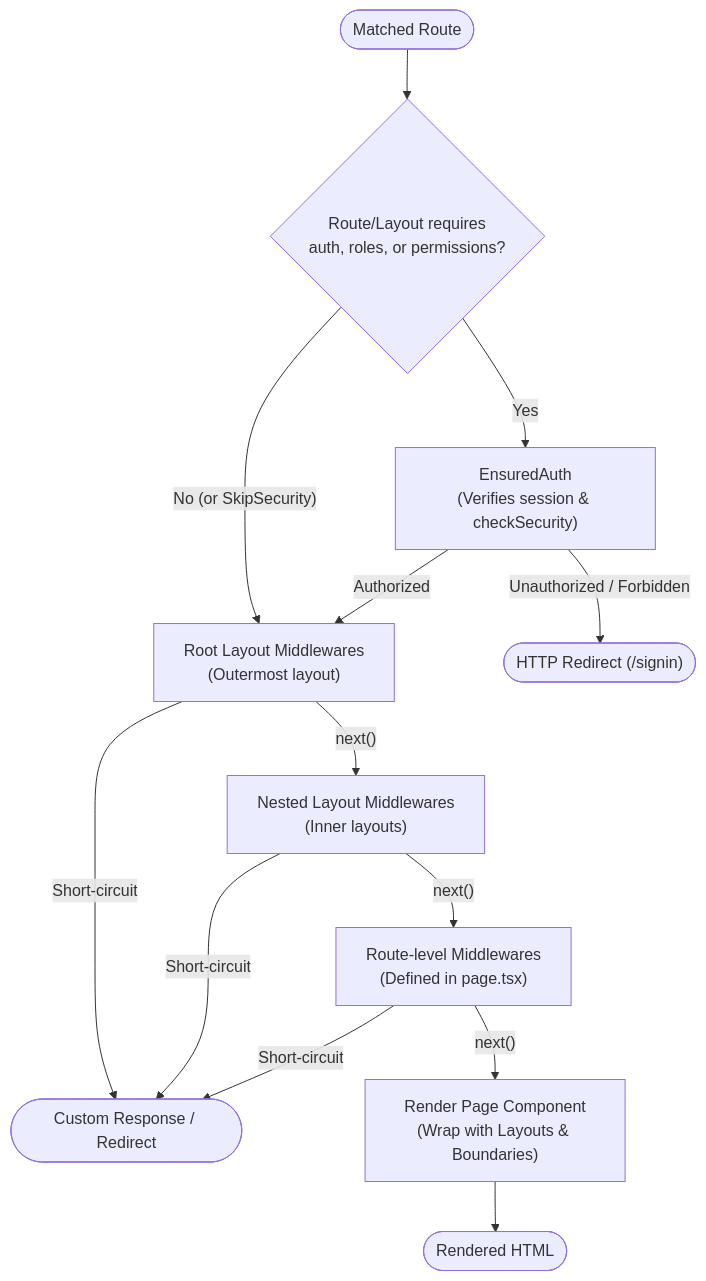
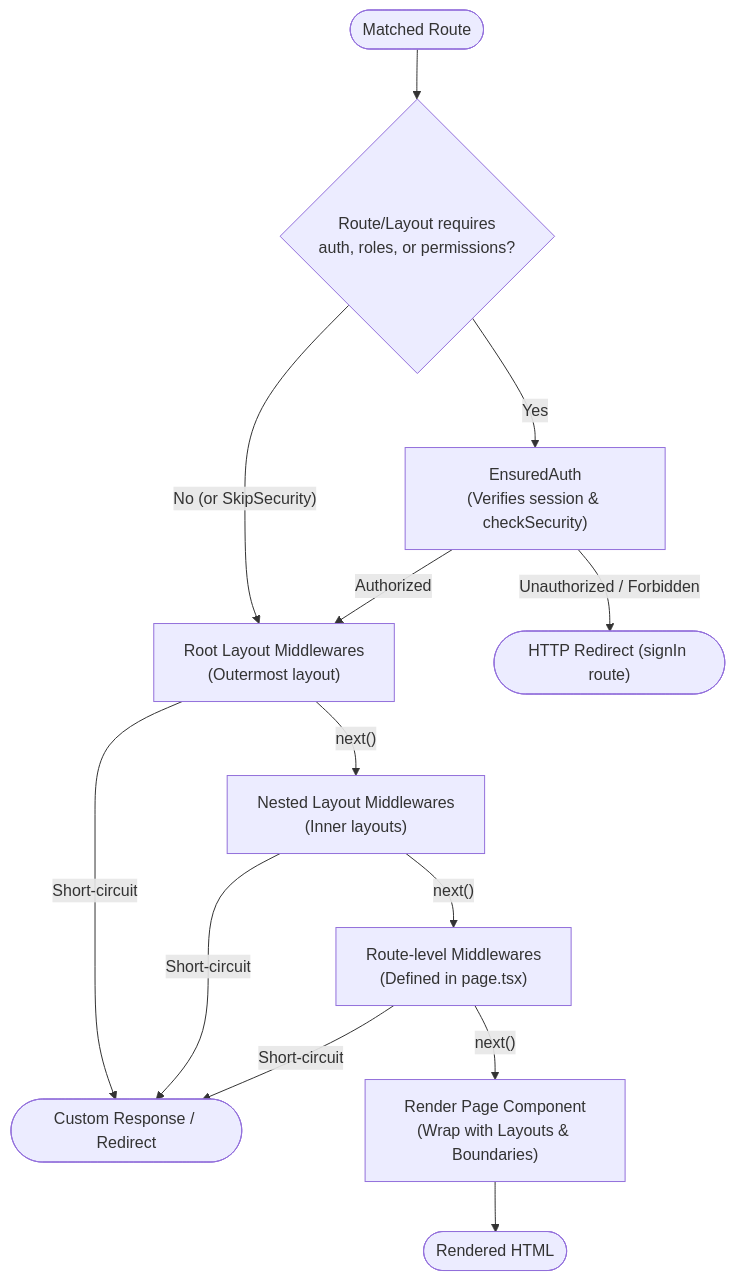
Before and after one commit to veapjs/veap: the diagram in docs/routing/middleware.md, drawn with Mermaid. The commit also changed other lines of this file and 28 other files, not shown here.

````diff
--- a/docs/routing/middleware.md
+++ b/docs/routing/middleware.md
@@ -47,19 +47,19 @@
 ```mermaid
 flowchart TD
     Req(["Matched Route"]) --> Prepended{"Route/Layout requires<br/>auth, roles, or permissions?"}
     Prepended -- "Yes" --> EnsuredAuth["EnsuredAuth<br/>(Verifies session & checkSecurity)"]
     Prepended -- "No (or SkipSecurity)" --> RootLayoutMW
 
-    EnsuredAuth -- "Unauthorized / Forbidden" --> RedirectLogin(["HTTP Redirect (/signin)"])
+    EnsuredAuth -- "Unauthorized / Forbidden" --> RedirectLogin(["HTTP Redirect (signIn route)"])
     EnsuredAuth -- "Authorized" --> RootLayoutMW["Root Layout Middlewares<br/>(Outermost layout)"]
 
     RootLayoutMW -- "Short-circuit" --> ExitMW(["Custom Response / Redirect"])
     RootLayoutMW -- "next()" --> NestedLayoutMW["Nested Layout Middlewares<br/>(Inner layouts)"]
 
     NestedLayoutMW -- "Short-circuit" --> ExitMW
     NestedLayoutMW -- "next()" --> RouteMW["Route-level Middlewares<br/>(Defined in page.tsx)"]
 
     RouteMW -- "Short-circuit" --> ExitMW
     RouteMW -- "next()" --> PageRender["Render Page Component<br/>(Wrap with Layouts & Boundaries)"]
     PageRender --> FinalUI(["Rendered HTML"])
 ```
````
